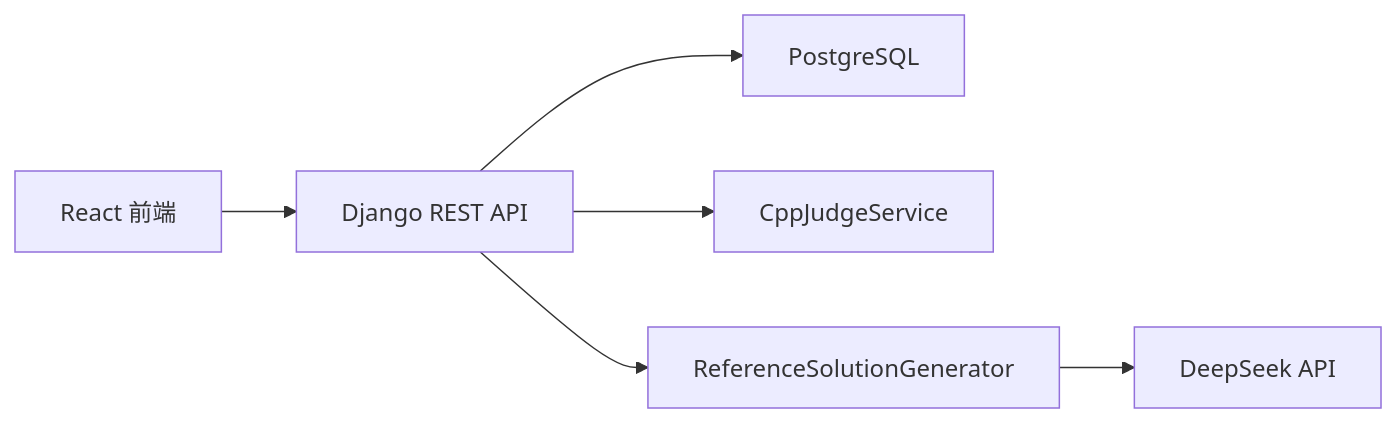
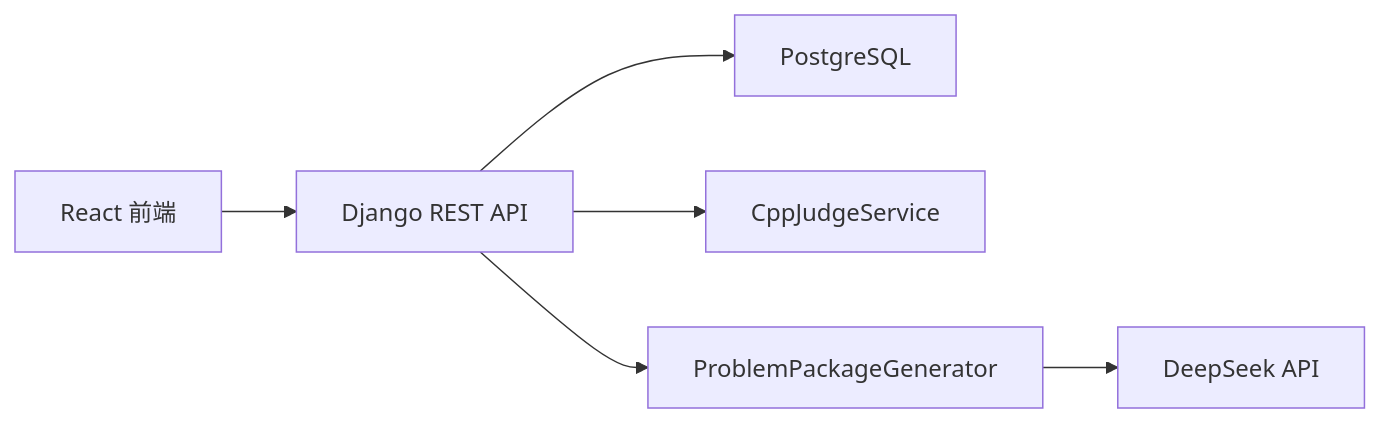
The diagram in docs/technical-design.md (yCyperSpace/WangDaoOJ), drawn with Mermaid before and after one commit. The commit also changed other lines of this file and 12 other files, not shown here.

````diff
--- a/docs/technical-design.md
+++ b/docs/technical-design.md
@@ -12,8 +12,8 @@
 ```mermaid
 flowchart LR
     FE["React 前端"] --> API["Django REST API"]
     API --> DB["PostgreSQL"]
     API --> JUDGE["CppJudgeService"]
-    API --> AI["ReferenceSolutionGenerator"]
+    API --> AI["ProblemPackageGenerator"]
     AI --> DS["DeepSeek API"]
 ```
````
